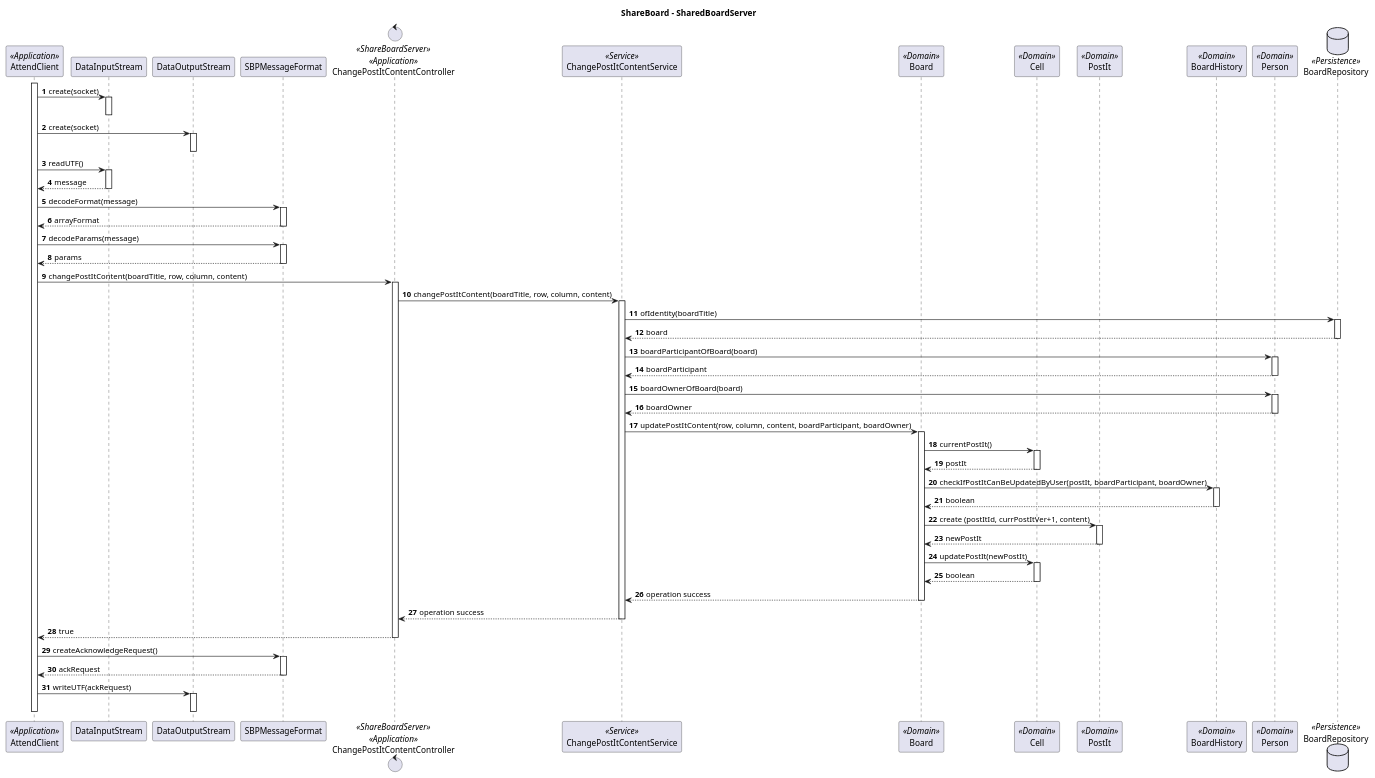
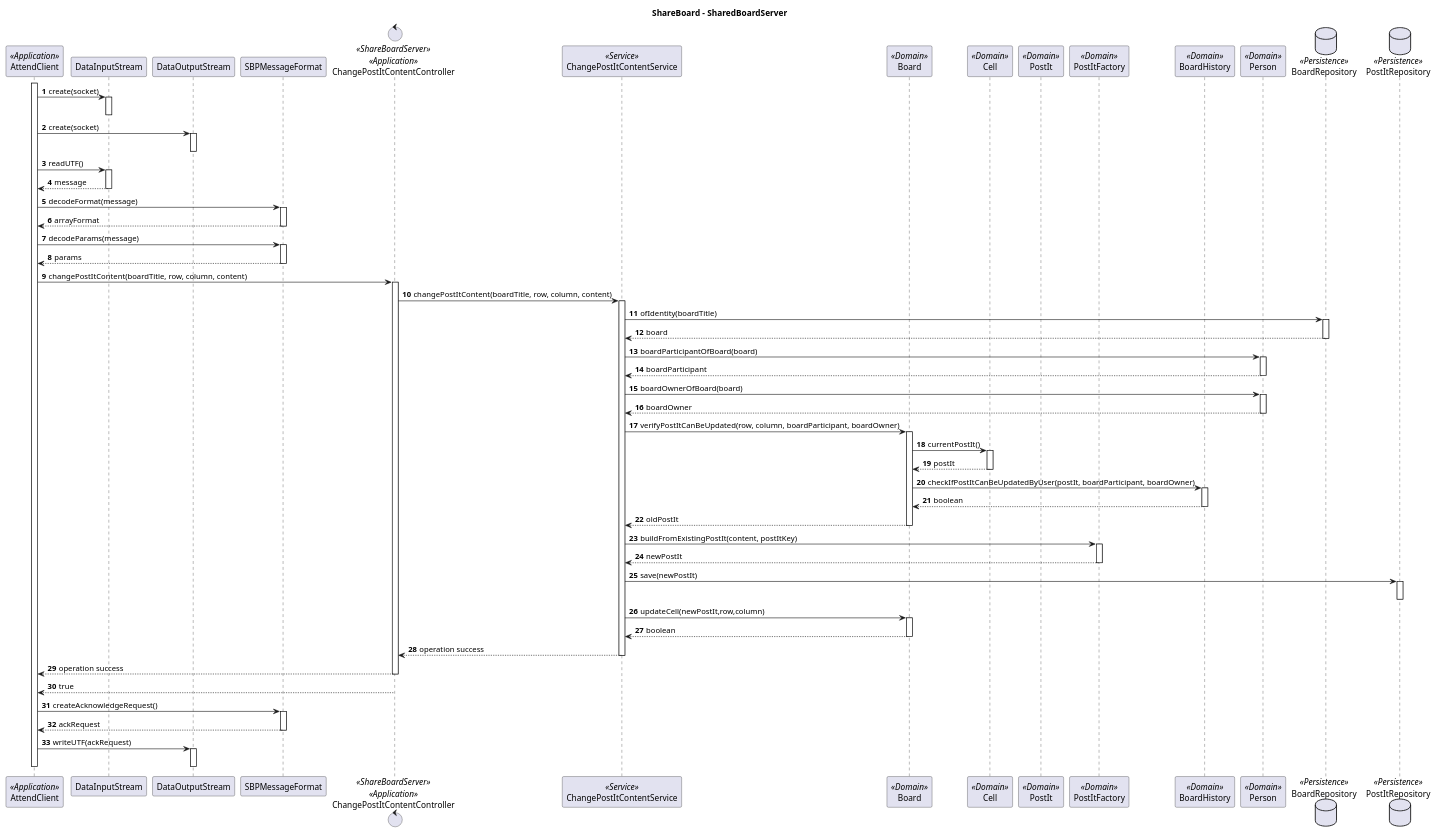
The diagram in docs/Sprint_C/us_3007/US_3007_SD_Change_Content_Server.puml (Marco-Nobrega-Andrade/sem4pi_22_23), drawn with PlantUML before and after one commit. The commit also changed 1 other file, not shown here.

```diff
--- a/docs/Sprint_C/us_3007/US_3007_SD_Change_Content_Server.puml
+++ b/docs/Sprint_C/us_3007/US_3007_SD_Change_Content_Server.puml
@@ -1,74 +1,80 @@
 @startuml
 autonumber
 title ShareBoard - SharedBoardServer
 
 participant AttendClient as AC <<Application>>
 participant DataInputStream as DIS
 participant DataOutputStream as DOS
 participant SBPMessageFormat as SBPMF
 control ChangePostItContentController as CONTROLLER <<ShareBoardServer>> <<Application>>
 participant ChangePostItContentService as SERVICE <<Service>>
 participant Board as BOARD <<Domain>>
 participant Cell as CELL <<Domain>>
 participant PostIt as POST_IT <<Domain>>
+participant PostItFactory as P_FAC <<Domain>>
 participant BoardHistory as BOARD_HIS <<Domain>>
 participant Person as PERSON <<Domain>>
 database BoardRepository as BOARD_REPO <<Persistence>>
+database PostItRepository as POST_IT_REPO <<Persistence>>
 
 
 activate AC
 AC -> DIS : create(socket)
 activate DIS
 deactivate DIS
 AC -> DOS : create(socket)
 activate DOS
 deactivate DOS
 AC -> DIS : readUTF()
 activate DIS
 return message
 AC -> SBPMF : decodeFormat(message)
 activate SBPMF
 return arrayFormat
 AC -> SBPMF : decodeParams(message)
 activate SBPMF
 return params
 AC -> CONTROLLER : changePostItContent(boardTitle, row, column, content)
 activate CONTROLLER
 CONTROLLER -> SERVICE : changePostItContent(boardTitle, row, column, content)
 activate SERVICE
 SERVICE -> BOARD_REPO :ofIdentity(boardTitle)
 activate BOARD_REPO
 return board
 SERVICE -> PERSON : boardParticipantOfBoard(board)
 activate PERSON
 return boardParticipant
 SERVICE -> PERSON : boardOwnerOfBoard(board)
 activate PERSON
 return boardOwner
-SERVICE -> BOARD : updatePostItContent(row, column, content, boardParticipant, boardOwner)
+SERVICE -> BOARD : verifyPostItCanBeUpdated(row, column, boardParticipant, boardOwner)
 activate BOARD
 BOARD -> CELL : currentPostIt()
 activate CELL
 return postIt
 BOARD -> BOARD_HIS : checkIfPostItCanBeUpdatedByUser(postIt, boardParticipant, boardOwner)
 activate BOARD_HIS
 return boolean
-BOARD -> POST_IT : create (postItId, currPostItVer+1, content)
-activate POST_IT
+return oldPostIt
+SERVICE -> P_FAC : buildFromExistingPostIt(content, postItKey)
+activate P_FAC
 return newPostIt
-BOARD -> CELL : updatePostIt(newPostIt)
-activate CELL
+SERVICE -> POST_IT_REPO : save(newPostIt)
+activate POST_IT_REPO
+deactivate POST_IT_REPO
+SERVICE -> BOARD : updateCell(newPostIt,row,column)
+activate BOARD
 return boolean
 return operation success
 return operation success
 CONTROLLER --> AC : true
 deactivate CONTROLLER
 AC -> SBPMF : createAcknowledgeRequest()
 activate SBPMF
 return ackRequest
 AC -> DOS : writeUTF(ackRequest)
 activate DOS
 deactivate DOS
 deactivate AC
 
 @enduml
```
